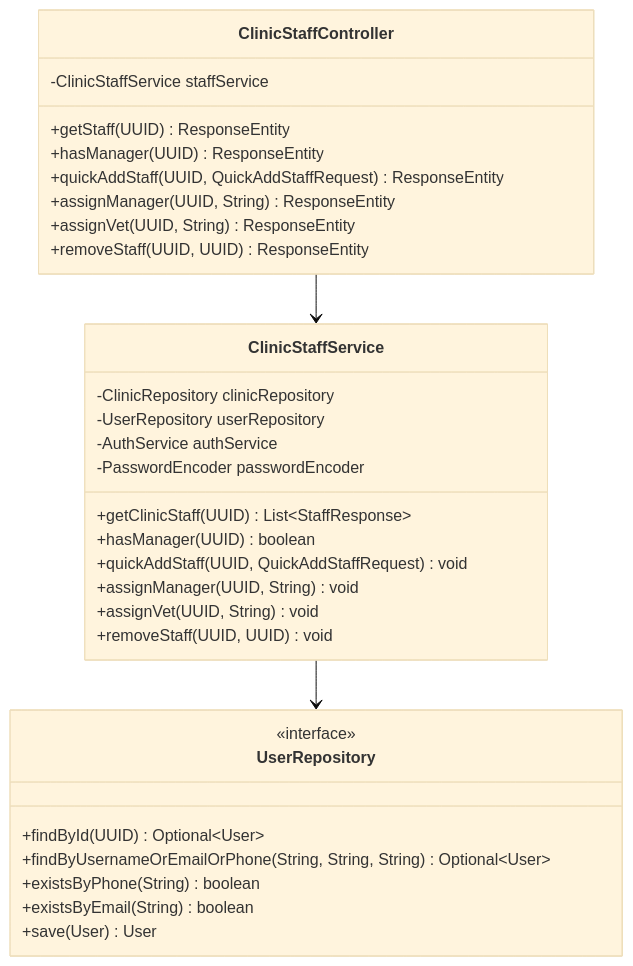
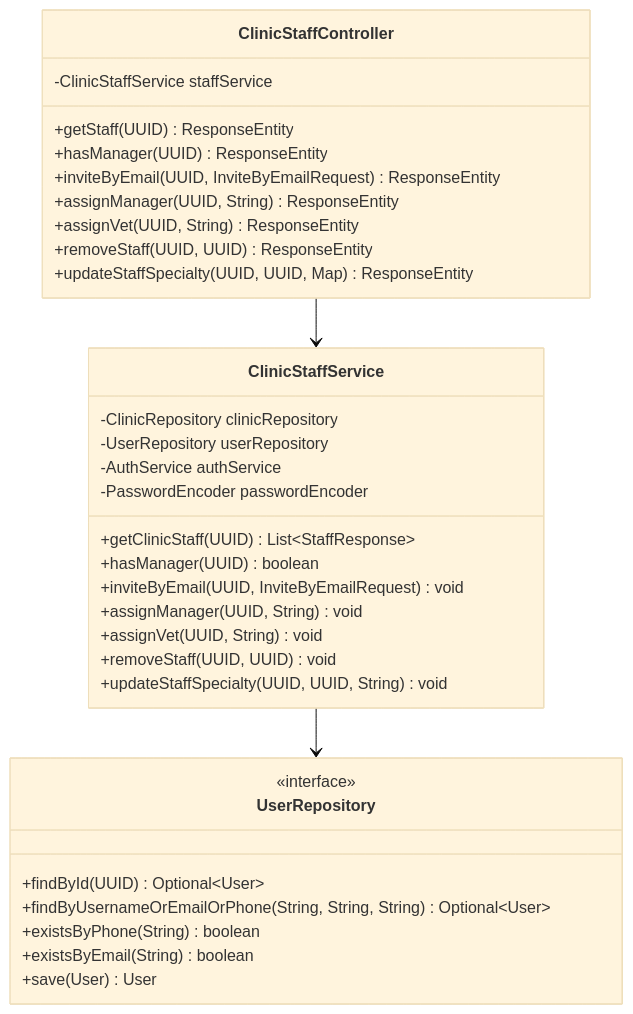
One commit to espresso23/Petties-Veterinary-Appointment-Booking-Platform changed diagram 25 of 44 in docs-references/documentation/SDD/REPORT_4_SDD_SYSTEM_DESIGN.md. Above: the diagram before and after it, drawn with Mermaid (base theme). The commit also changed other lines of this file and 105 other files, not shown here.

````diff
--- a/docs-references/documentation/SDD/REPORT_4_SDD_SYSTEM_DESIGN.md
+++ b/docs-references/documentation/SDD/REPORT_4_SDD_SYSTEM_DESIGN.md
@@ -2114,37 +1976,39 @@
 ```mermaid
 classDiagram
     class ClinicStaffController {
         -ClinicStaffService staffService
         +getStaff(UUID) ResponseEntity
         +hasManager(UUID) ResponseEntity
-        +quickAddStaff(UUID, QuickAddStaffRequest) ResponseEntity
+        +inviteByEmail(UUID, InviteByEmailRequest) ResponseEntity
         +assignManager(UUID, String) ResponseEntity
         +assignVet(UUID, String) ResponseEntity
         +removeStaff(UUID, UUID) ResponseEntity
+        +updateStaffSpecialty(UUID, UUID, Map) ResponseEntity
     }
 
     class ClinicStaffService {
         -ClinicRepository clinicRepository
         -UserRepository userRepository
         -AuthService authService
         -PasswordEncoder passwordEncoder
         +getClinicStaff(UUID) List~StaffResponse~
         +hasManager(UUID) boolean
-        +quickAddStaff(UUID, QuickAddStaffRequest) void
+        +inviteByEmail(UUID, InviteByEmailRequest) void
         +assignManager(UUID, String) void
         +assignVet(UUID, String) void
         +removeStaff(UUID, UUID) void
+        +updateStaffSpecialty(UUID, UUID, String) void
     }
 
     class UserRepository {
         <<interface>>
         +findById(UUID) Optional~User~
         +findByUsernameOrEmailOrPhone(String, String, String) Optional~User~
         +existsByPhone(String) boolean
         +existsByEmail(String) boolean
         +save(User) User
     }
 
     ClinicStaffController --> ClinicStaffService
     ClinicStaffService --> UserRepository
 ```
````
